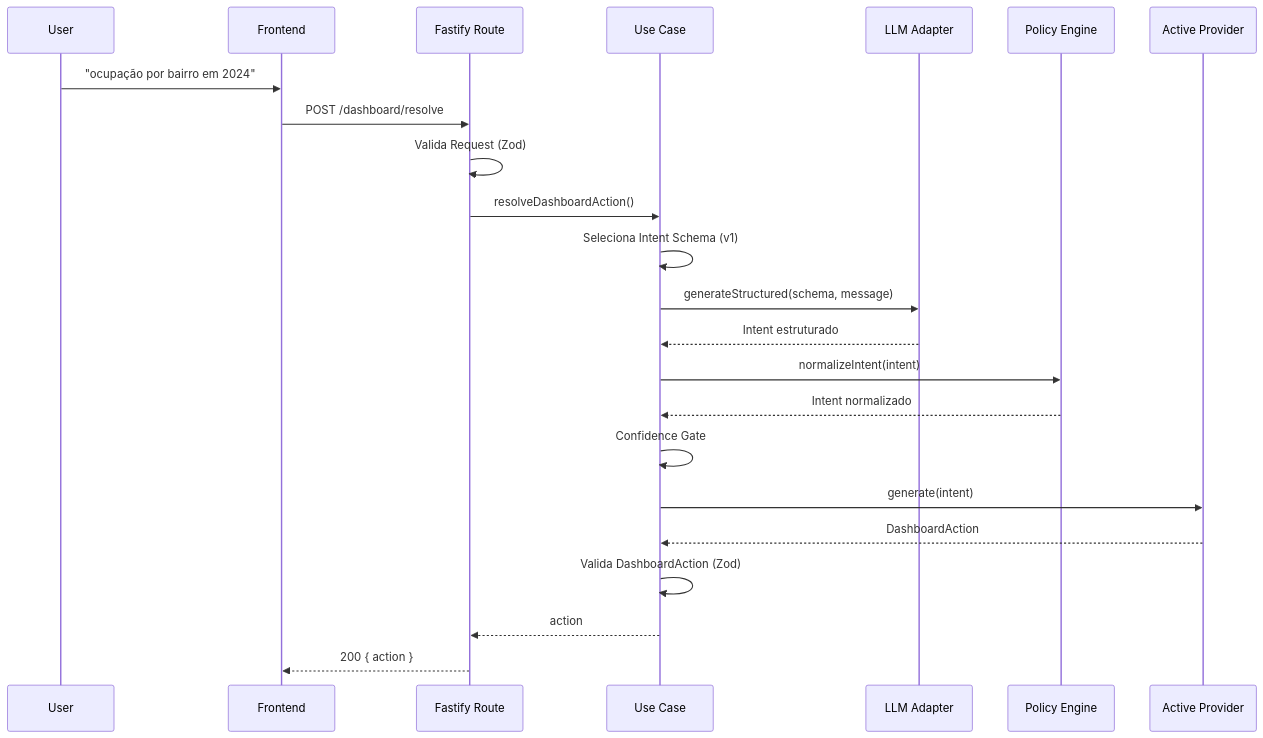
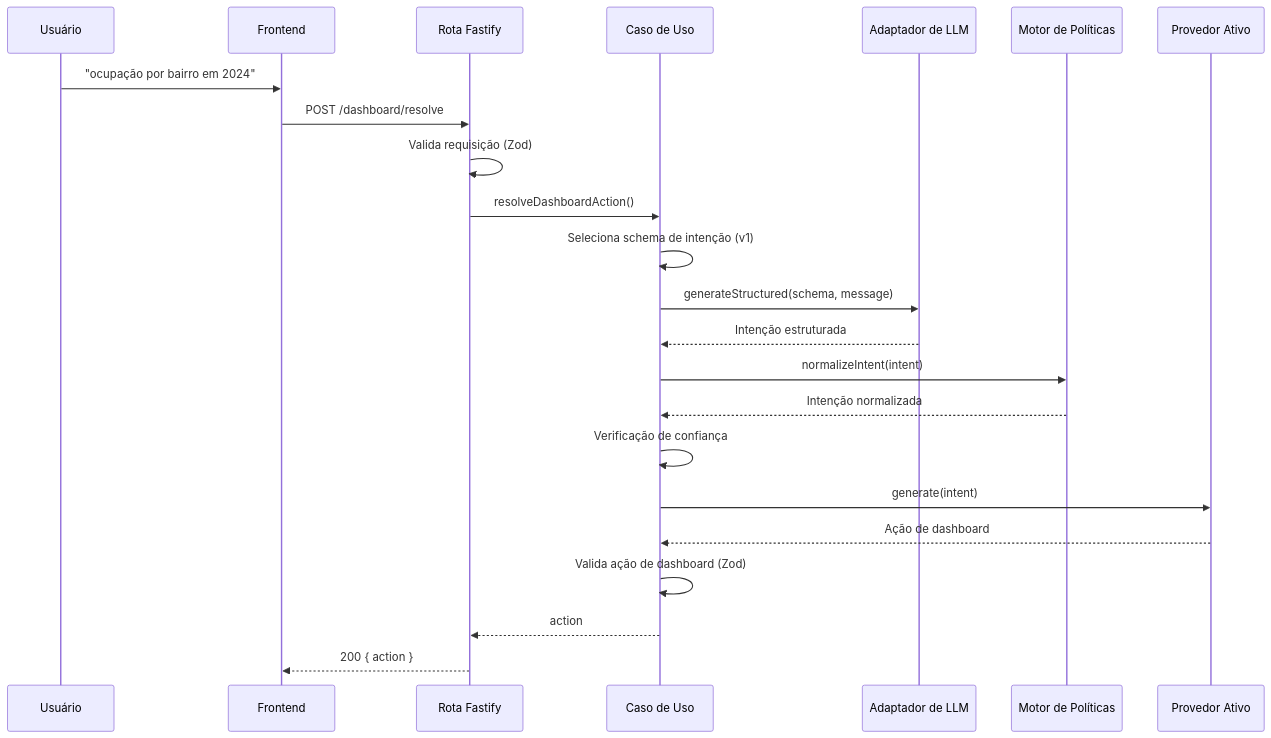
One commit to fernandesyuri33/chat-observatorio-turismo changed the second of 8 diagrams in docs/arquitetura.md. Above: the diagram before and after it, drawn with Mermaid. The commit also changed other lines of this file and 1 other file, not shown here.

````diff
--- a/docs/arquitetura.md
+++ b/docs/arquitetura.md
@@ -32,34 +32,34 @@
 ```mermaid
 sequenceDiagram
-    participant U as User
+  participant U as Usuário
     participant FE as Frontend
-    participant API as Fastify Route
-    participant UC as Use Case
-    participant LLM as LLM Adapter
-    participant POL as Policy Engine
-    participant PROV as Active Provider
+  participant API as Rota Fastify
+  participant UC as Caso de Uso
+  participant LLM as Adaptador de LLM
+  participant POL as Motor de Políticas
+  participant PROV as Provedor Ativo
 
     U->>FE: "ocupação por bairro em 2024"
     FE->>API: POST /dashboard/resolve
 
-    API->>API: Valida Request (Zod)
+    API->>API: Valida requisição (Zod)
     API->>UC: resolveDashboardAction()
 
-    UC->>UC: Seleciona Intent Schema (v1)
+    UC->>UC: Seleciona schema de intenção (v1)
     UC->>LLM: generateStructured(schema, message)
 
-    LLM-->>UC: Intent estruturado
+    LLM-->>UC: Intenção estruturada
 
     UC->>POL: normalizeIntent(intent)
-    POL-->>UC: Intent normalizado
+    POL-->>UC: Intenção normalizada
 
-    UC->>UC: Confidence Gate
+    UC->>UC: Verificação de confiança
 
     UC->>PROV: generate(intent)
-    PROV-->>UC: DashboardAction
+    PROV-->>UC: Ação de dashboard
 
-    UC->>UC: Valida DashboardAction (Zod)
+    UC->>UC: Valida ação de dashboard (Zod)
     UC-->>API: action
 
     API-->>FE: 200 { action }
 ```
````
